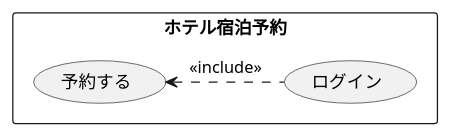
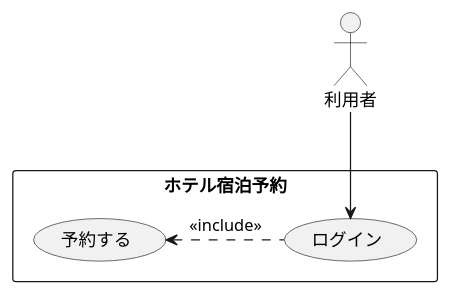
Before and after one commit to tokusanai/uml-intro: the diagram in 演習2-3_ホテル宿泊予約.pu, drawn with PlantUML. The commit also changed 2 other files, not shown here.

```diff
--- a/演習2-3_ホテル宿泊予約.pu
+++ b/演習2-3_ホテル宿泊予約.pu
@@ -1,7 +1,9 @@
 @startuml ユースケース図
+actor 利用者
 rectangle ホテル宿泊予約 {
 usecase 予約する
 usecase ログイン
 }
+利用者 --> ログイン
 予約する <. ログイン : << include >>
 @enduml
```
